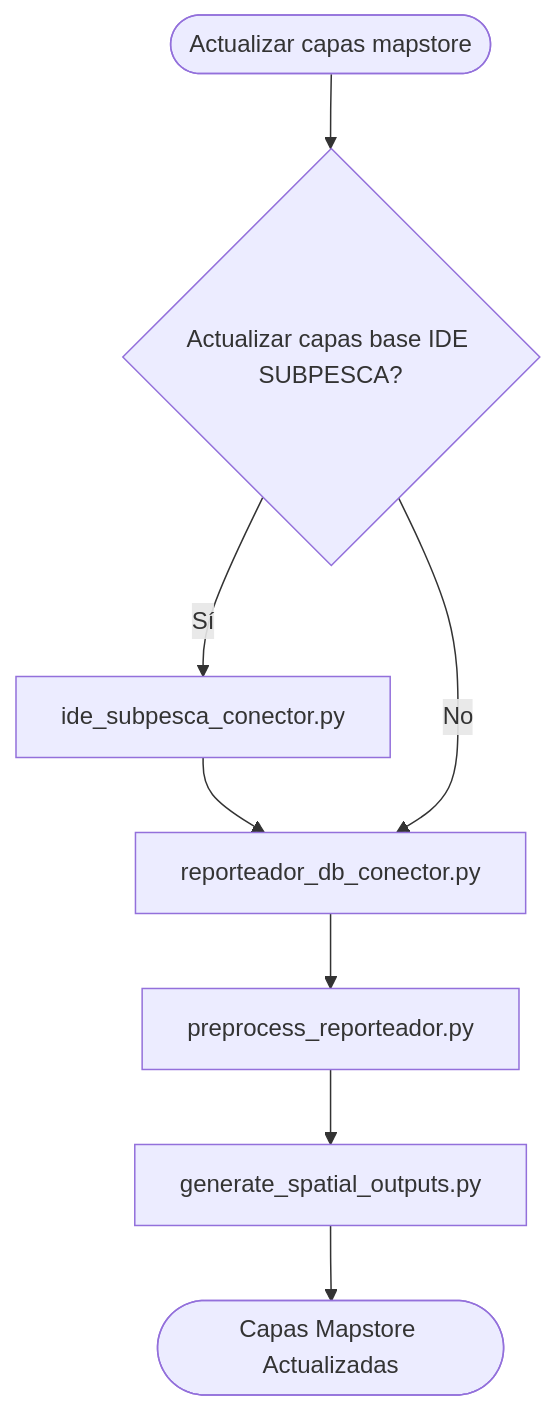
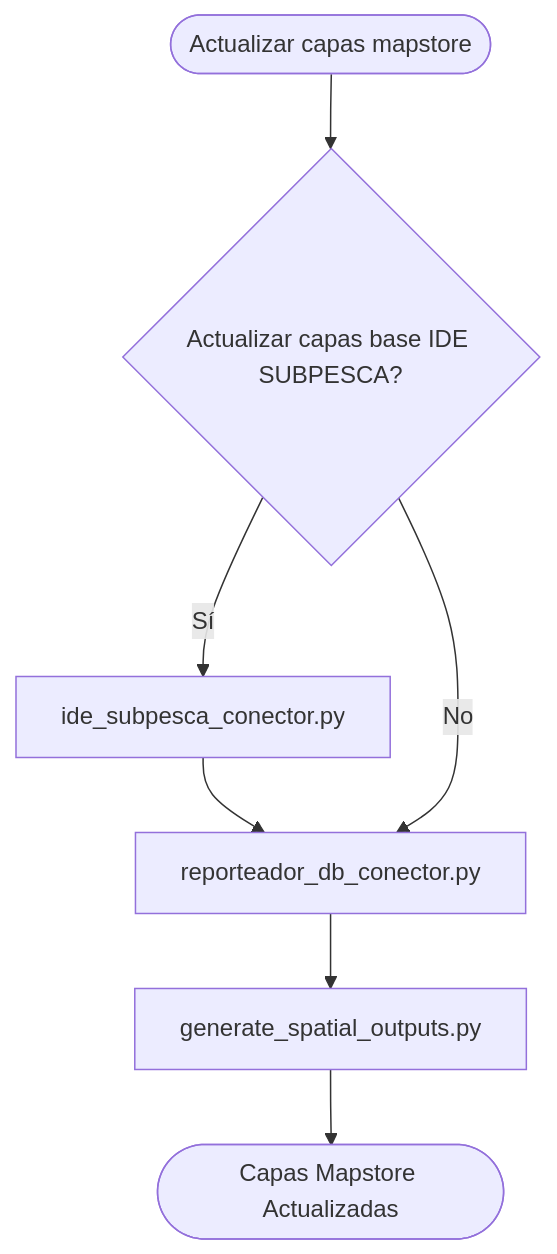
Before and after one commit to matiescudero/reporteador_db_conector: the diagram in README.md, drawn with Mermaid.

Commit message:
cambios diagrama

````diff
--- a/README.md
+++ b/README.md
@@ -12,10 +12,9 @@
 ```mermaid
 flowchart TD
   A([Actualizar capas mapstore]) --> B{Actualizar capas base IDE SUBPESCA?};
   B -- Sí --> C[ide_subpesca_conector.py];
   C --> D[reporteador_db_conector.py];
   B -- No --> D;
-  D --> E[preprocess_reporteador.py];
-  E --> F[generate_spatial_outputs.py];
+  D --> F[generate_spatial_outputs.py];
   F --> G([Capas Mapstore Actualizadas]);
 ```
````
